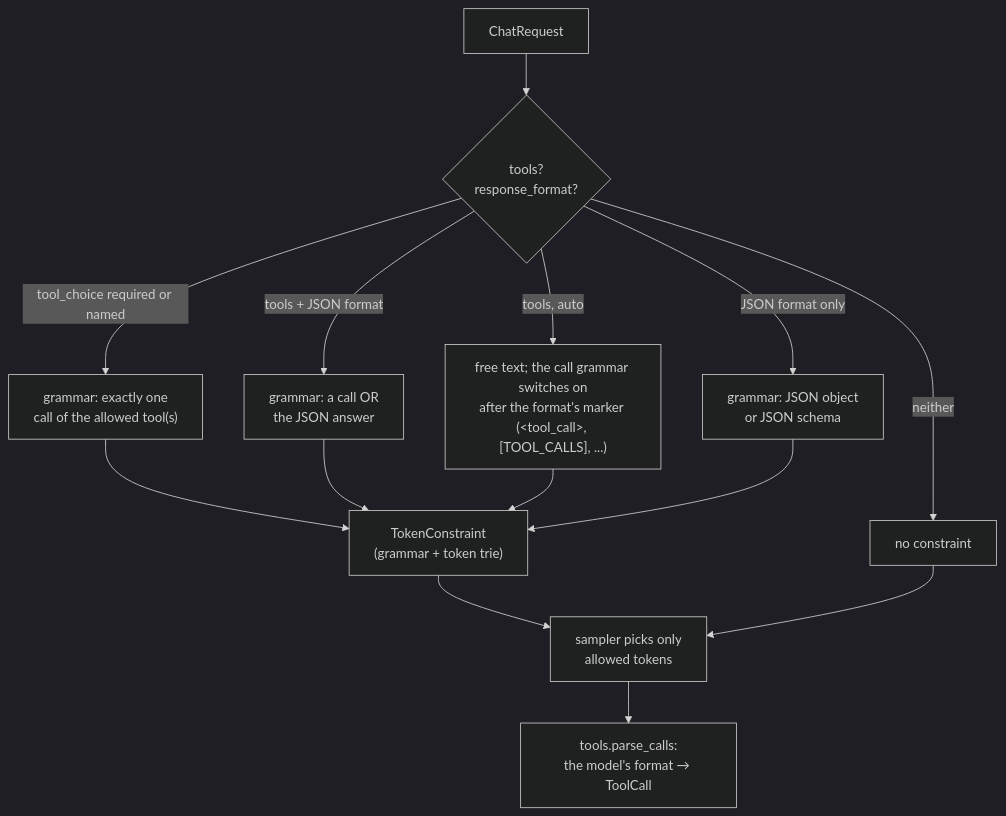
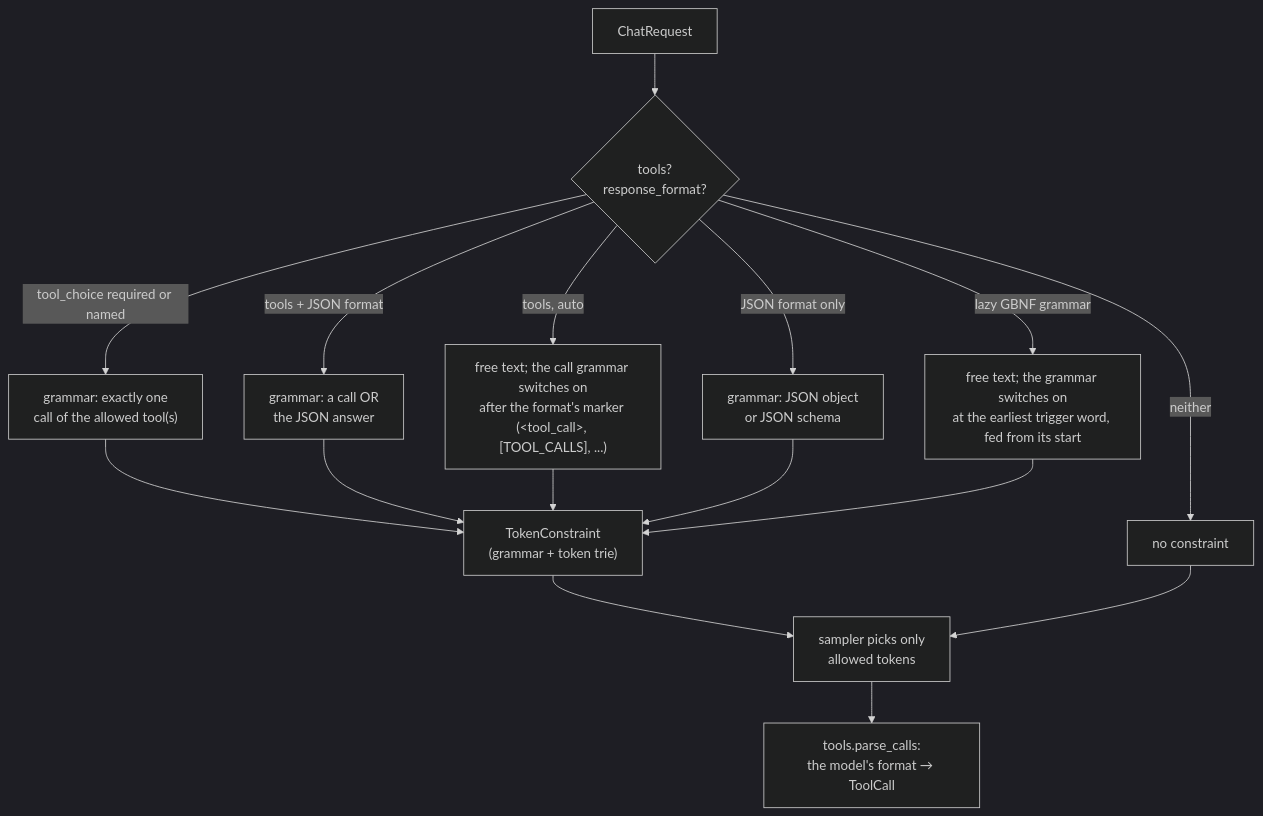
Before and after one commit to vrenken/etalii.dllm: the third of 4 diagrams in docs/architecture/front-ends.md, drawn with Mermaid (dark theme). The commit also changed other lines of this file and 20 other files, not shown here.

````diff
--- a/docs/architecture/front-ends.md
+++ b/docs/architecture/front-ends.md
@@ -136,13 +136,14 @@
 ```mermaid
 flowchart TB
     req["ChatRequest"] --> which{"tools?<br/>response_format?"}
     which -->|"tool_choice required or named"| forced["grammar: exactly one<br/>call of the allowed tool(s)"]
     which -->|"tools + JSON format"| either["grammar: a call OR<br/>the JSON answer"]
     which -->|"tools, auto"| trigger["free text; the call grammar switches on<br/>after the format's marker (&lt;tool_call&gt;, [TOOL_CALLS], ...)"]
     which -->|"JSON format only"| json["grammar: JSON object<br/>or JSON schema"]
+    which -->|"lazy GBNF grammar"| lazy["free text; the grammar switches on<br/>at the earliest trigger word, fed from its start"]
     which -->|neither| free["no constraint"]
-    forced & either & trigger & json --> tc["TokenConstraint<br/>(grammar + token trie)"]
+    forced & either & trigger & json & lazy --> tc["TokenConstraint<br/>(grammar + token trie)"]
     tc --> sampler["sampler picks only<br/>allowed tokens"]
     free --> sampler
     sampler --> parse["tools.parse_calls:<br/>the model's format → ToolCall"]
 ```
````
